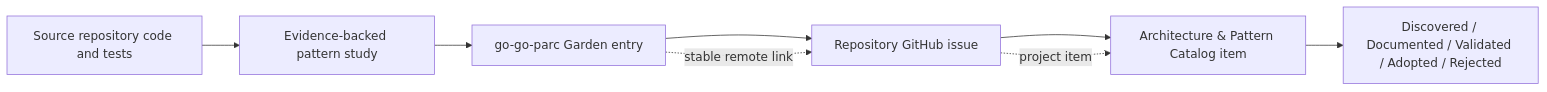
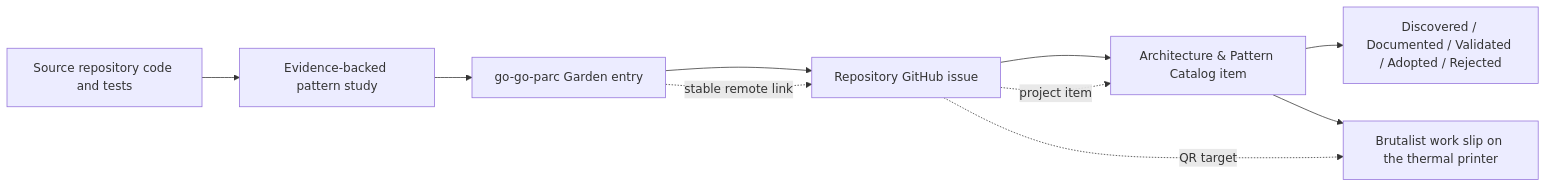
Before and after one commit to go-go-golems/go-go-parc: the diagram in Research/playbooks/creating-github-issues-and-software-design-garden-entries.md, drawn with Mermaid. The commit also changed other lines of this file, not shown here.

Commit message:
Playbook: add concept work-slip printing step and failure modes

````diff
--- a/Research/playbooks/creating-github-issues-and-software-design-garden-entries.md
+++ b/Research/playbooks/creating-github-issues-and-software-design-garden-entries.md
@@ -65,12 +65,14 @@
 ```mermaid
 flowchart LR
     CODE[Source repository code and tests]
       --> STUDY[Evidence-backed pattern study]
     STUDY --> NOTE[go-go-parc Garden entry]
     NOTE --> ISSUE[Repository GitHub issue]
     ISSUE --> ITEM[Architecture & Pattern Catalog item]
     ITEM --> STATUS[Discovered / Documented / Validated / Adopted / Rejected]
+    ITEM --> SLIP[Brutalist work slip on the thermal printer]
 
     NOTE -. stable remote link .-> ISSUE
     ISSUE -. project item .-> ITEM
+    ISSUE -. QR target .-> SLIP
 ```
````
